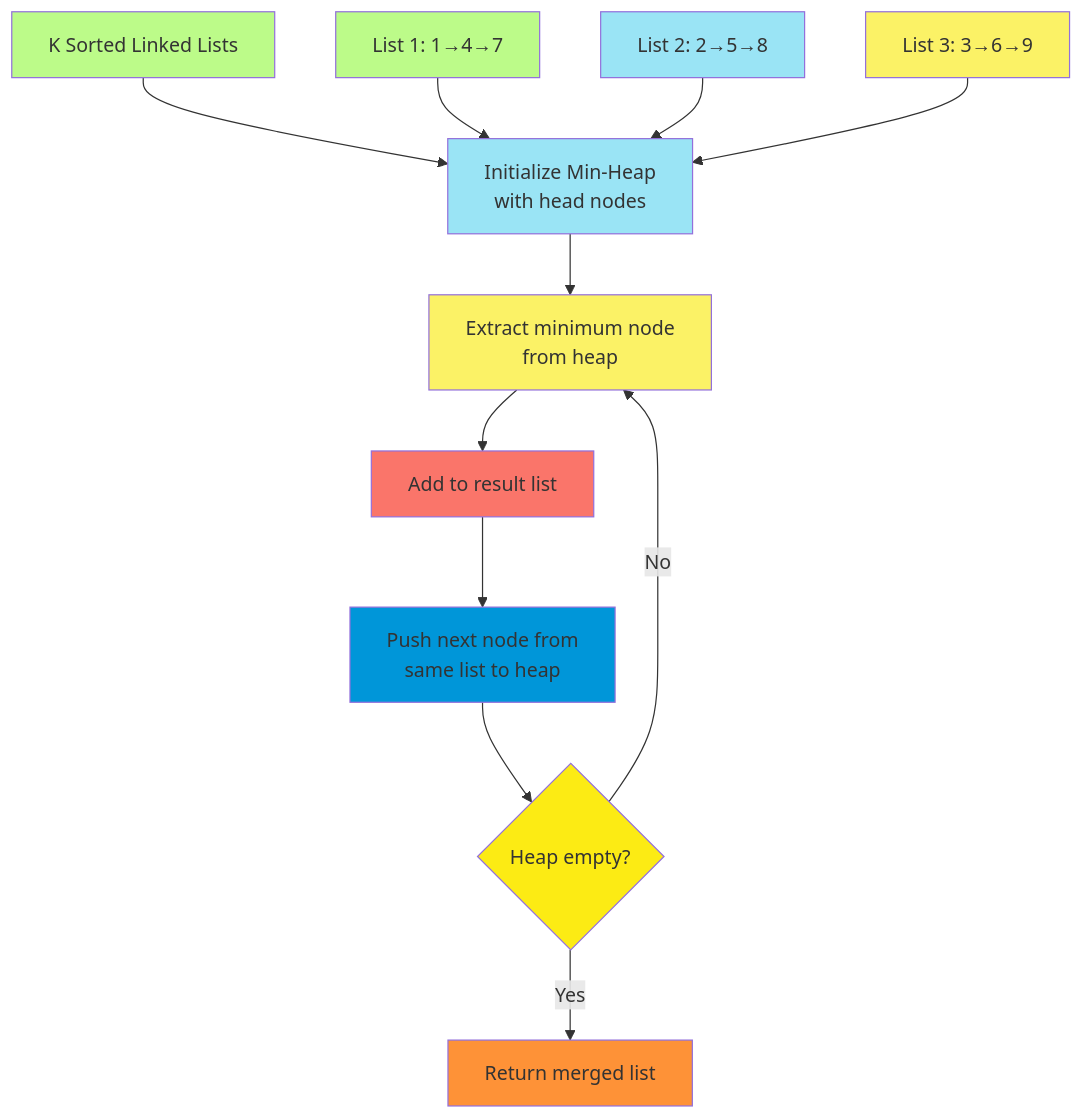
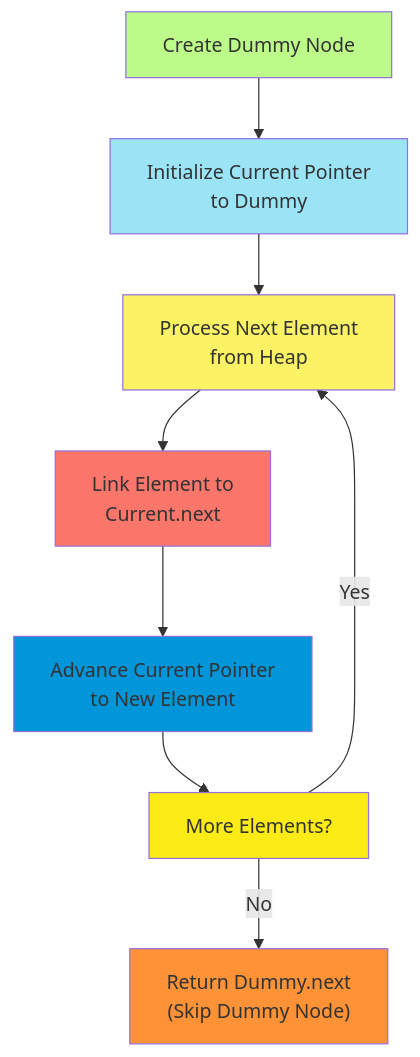
The fifth of 6 diagrams in C_8.md (Chaklader/Coding-Interview), drawn with Mermaid before and after one commit. The commit also changed other lines of this file, not shown here.

````diff
--- a/C_8.md
+++ b/C_8.md
@@ -4008,25 +996,18 @@
 ```mermaid
 flowchart TD
-    A["K Sorted Linked Lists"] --> B["Initialize Min-Heap<br>with head nodes"]
-    B --> C["Extract minimum node<br>from heap"]
-    C --> D["Add to result list"]
-    D --> E["Push next node from<br>same list to heap"]
-    E --> F{"Heap empty?"}
-    F -->|No| C
-    F -->|Yes| G["Return merged list"]
-
-    H["List 1: 1→4→7"] --> B
-    I["List 2: 2→5→8"] --> B
-    J["List 3: 3→6→9"] --> B
+    A["Create Dummy Node"] --> B["Initialize Current Pointer<br>to Dummy"]
+    B --> C["Process Next Element<br>from Heap"]
+    C --> D["Link Element to<br>Current.next"]
+    D --> E["Advance Current Pointer<br>to New Element"]
+    E --> F["More Elements?"]
+    F -->|Yes| C
+    F -->|No| G["Return Dummy.next<br>(Skip Dummy Node)"]
 
     style A fill:#BCFB89
     style B fill:#9AE4F5
     style C fill:#FBF266
     style D fill:#FA756A
     style E fill:#0096D9
     style F fill:#FCEB14
     style G fill:#FE9237
-    style H fill:#BCFB89
-    style I fill:#9AE4F5
-    style J fill:#FBF266
 ```
````
